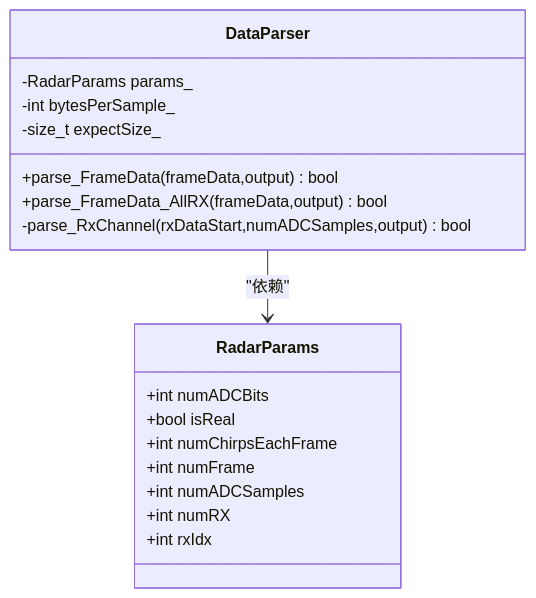
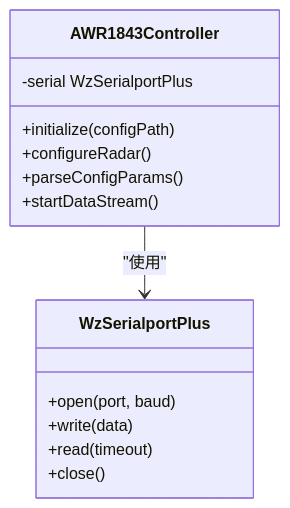
Before and after one commit to Lukad77/awr1843-radar-toolkit: the fourth of 6 diagrams in .qoder/repowiki/zh/content/项目概述与整体架构.md, drawn with Mermaid. The commit also changed other lines of this file and 106 other files, not shown here.

````diff
--- a/.qoder/repowiki/zh/content/项目概述与整体架构.md
+++ b/.qoder/repowiki/zh/content/项目概述与整体架构.md
@@ -277,21 +199,17 @@
 ```mermaid
 classDiagram
-class DataParser {
--RadarParams params_
--int bytesPerSample_
--size_t expectSize_
-+parse_FrameData(frameData,output) bool
-+parse_FrameData_AllRX(frameData,output) bool
--parse_RxChannel(rxDataStart,numADCSamples,output) bool
+class WzSerialportPlus {
++open(port, baud)
++write(data)
++read(timeout)
++close()
 }
-class RadarParams {
-+int numADCBits
-+bool isReal
-+int numChirpsEachFrame
-+int numFrame
-+int numADCSamples
-+int numRX
-+int rxIdx
+class AWR1843Controller {
+-serial WzSerialportPlus
++initialize(configPath)
++configureRadar()
++parseConfigParams()
++startDataStream()
 }
-DataParser --> RadarParams : "依赖"
+AWR1843Controller --> WzSerialportPlus : "使用"
 ```
````
